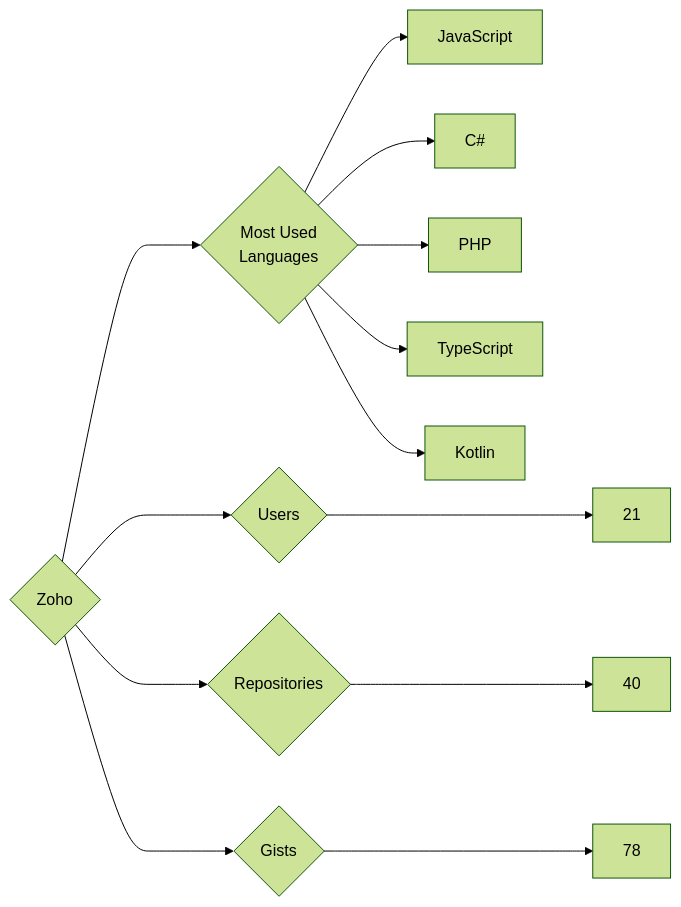
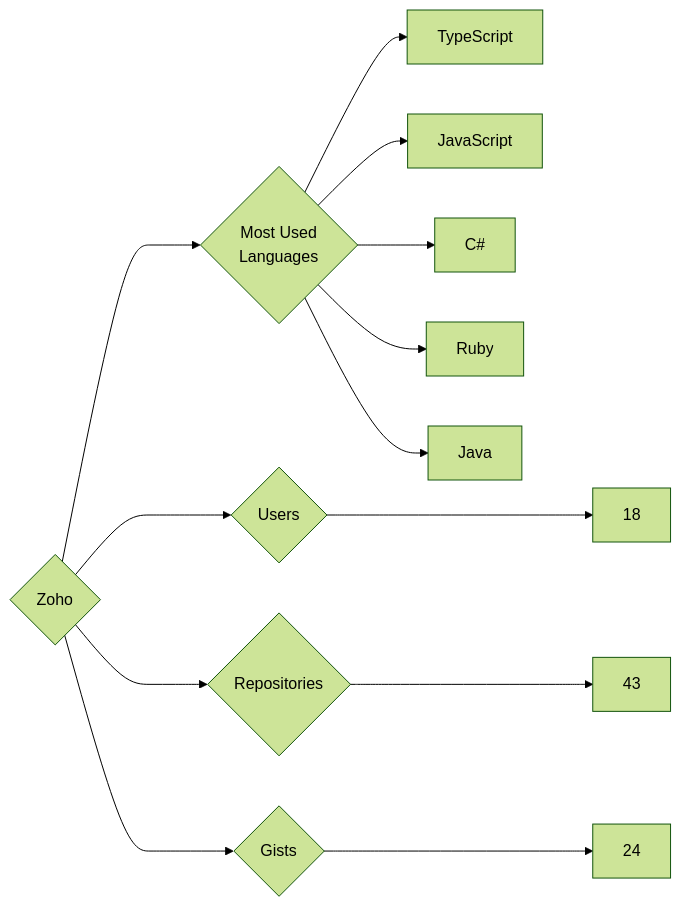
Before and after one commit to trickest/insiders: the diagram in targets/Zoho/README.md, drawn with Mermaid (forest theme). The commit also changed 964 other files, not shown here.

````diff
--- a/targets/Zoho/README.md
+++ b/targets/Zoho/README.md
@@ -3,13 +3,13 @@
 ```mermaid
 graph LR
 COMPANY_NAME{Zoho}
-COMPANY_NAME ---> U{Users} ---> UN[21]
-COMPANY_NAME ---> R{Repositories} ---> RN[40]
-COMPANY_NAME ---> G{Gists} ---> GN[78]
+COMPANY_NAME ---> U{Users} ---> UN[18]
+COMPANY_NAME ---> R{Repositories} ---> RN[43]
+COMPANY_NAME ---> G{Gists} ---> GN[24]
 COMPANY_NAME ---> ML{Most Used<br>Languages}
+ML --> TypeScript[TypeScript]
 ML --> JavaScript[JavaScript]
 ML --> C#[C#]
-ML --> PHP[PHP]
-ML --> TypeScript[TypeScript]
-ML --> Kotlin[Kotlin]
+ML --> Ruby[Ruby]
+ML --> Java[Java]
 ```
````
